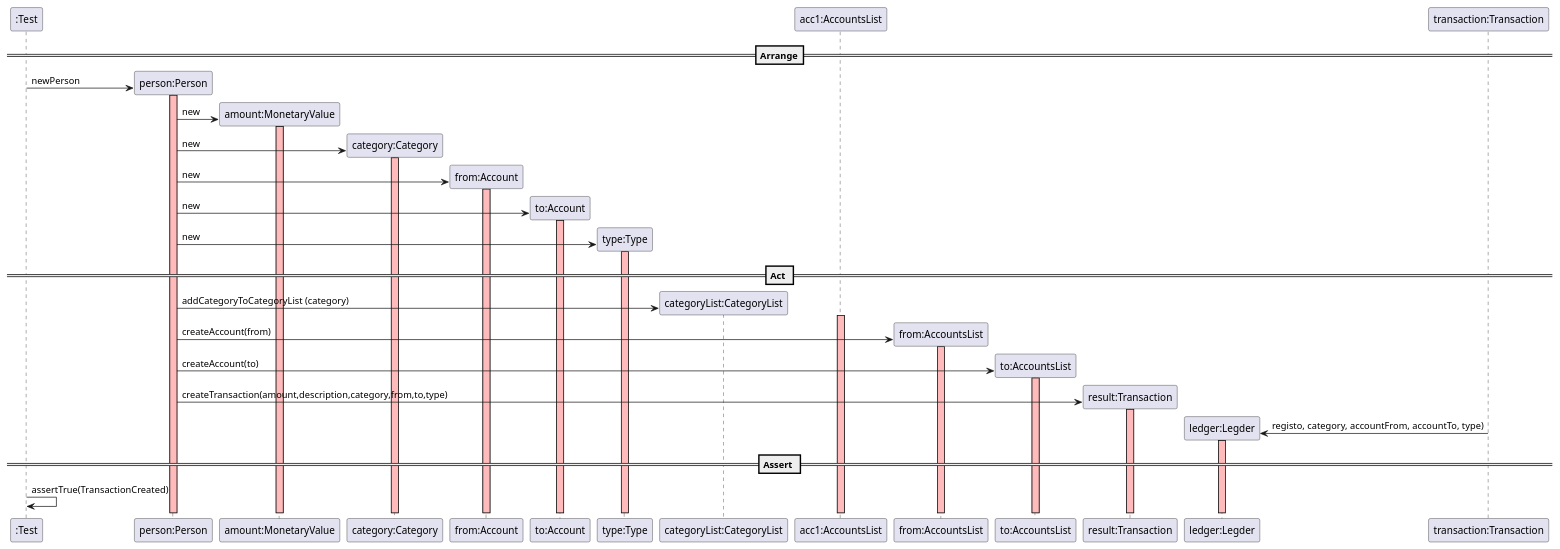
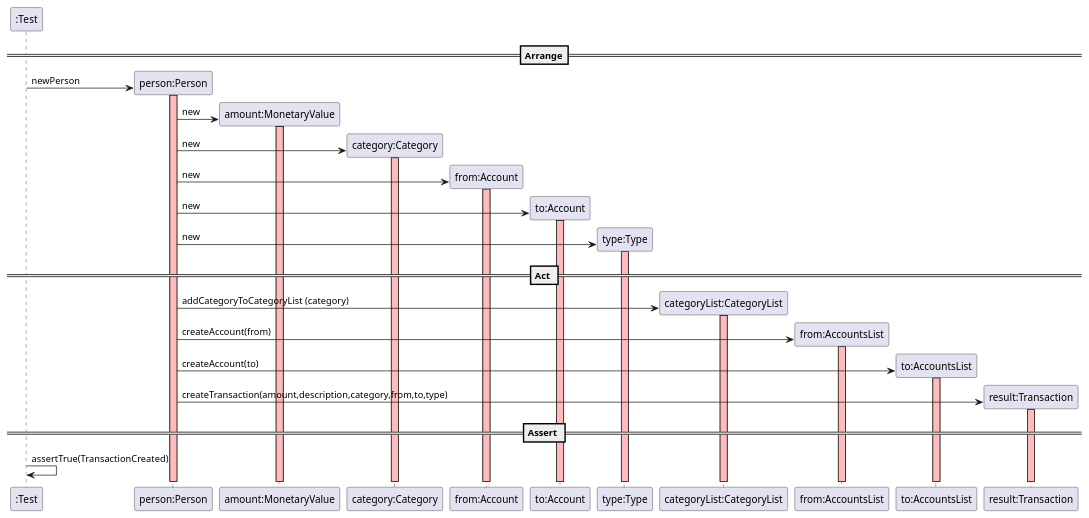
One commit to mleitaoribeiro/DevOpsMaven changed the diagram in docs/SequenceDiagram - UserStory8.puml. Above: the diagram before and after it, drawn with PlantUML.

```diff
--- a/docs/SequenceDiagram - UserStory8.puml
+++ b/docs/SequenceDiagram - UserStory8.puml
@@ -1,58 +1,55 @@
 @startuml
 create ":Test"
 
 ==Arrange==
 
 create "person:Person"
 ":Test" -> "person:Person" : newPerson
 activate "person:Person" #FFBBBB
+
 
 create "amount:MonetaryValue"
 "person:Person" -> "amount:MonetaryValue" : new
 activate "amount:MonetaryValue"  #FFBBBB
 
 create "category:Category"
 "person:Person" -> "category:Category" : new
 activate "category:Category"  #FFBBBB
 
 create "from:Account"
 "person:Person" -> "from:Account" : new
 activate "from:Account"  #FFBBBB
 
 create "to:Account"
 "person:Person" -> "to:Account" : new
 activate "to:Account"  #FFBBBB
 
 create "type:Type"
 "person:Person" -> "type:Type" : new
 activate "type:Type"  #FFBBBB
 
 
 == Act ==
 
 create "categoryList:CategoryList"
 "person:Person" -> "categoryList:CategoryList" : addCategoryToCategoryList (category)
-activate "acc1:AccountsList"  #FFBBBB
+activate "categoryList:CategoryList"  #FFBBBB
 
 create "from:AccountsList"
 "person:Person" -> "from:AccountsList" : createAccount(from)
 activate "from:AccountsList"  #FFBBBB
 
 create "to:AccountsList"
 "person:Person" -> "to:AccountsList" : createAccount(to)
 activate "to:AccountsList"  #FFBBBB
 
 create "result:Transaction"
 "person:Person" -> "result:Transaction" : createTransaction(amount,description,category,from,to,type)
 activate "result:Transaction"  #FFBBBB
 
-create "ledger:Legder"
-"transaction:Transaction" -> "ledger:Legder" : registo, category, accountFrom, accountTo, type)
-activate "ledger:Legder"  #FFBBBB
-
 
 == Assert ==
 
 ":Test" -> ":Test" : assertTrue(TransactionCreated)
 
 @enduml
```
